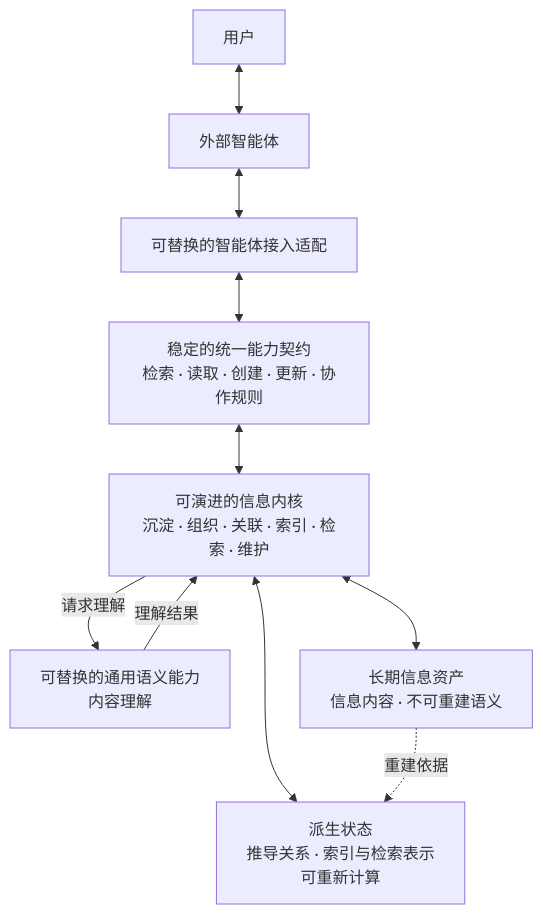
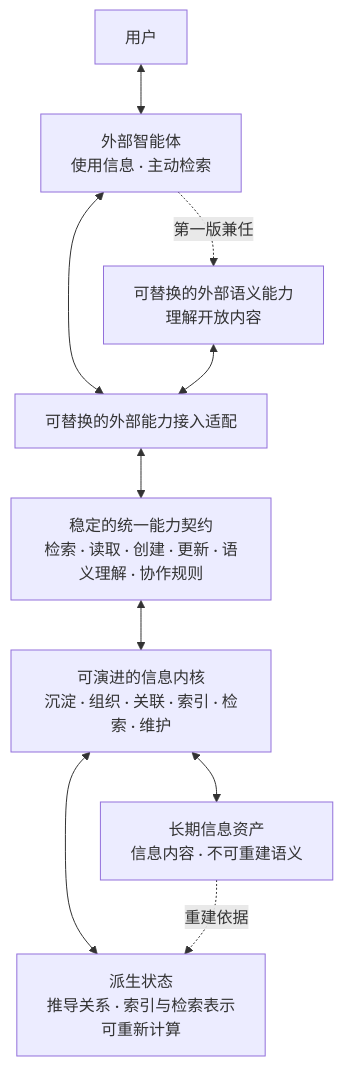
The diagram in docs/architecture/overview.md (HJSunDev/ownward), drawn with Mermaid before and after one commit. The commit also changed other lines of this file and 10 other files, not shown here.

First line of the commit message:
docs(architecture): define semantic capability boundaries

````diff
--- a/docs/architecture/overview.md
+++ b/docs/architecture/overview.md
@@ -40,21 +40,21 @@
 ```mermaid
 flowchart TB
     U["用户"]
-    X["外部智能体"]
-    P["可替换的智能体接入适配"]
-    C["稳定的统一能力契约<br/>检索 · 读取 · 创建 · 更新 · 协作规则"]
+    X["外部智能体<br/>使用信息 · 主动检索"]
+    S["可替换的外部语义能力<br/>理解开放内容"]
+    P["可替换的外部能力接入适配"]
+    C["稳定的统一能力契约<br/>检索 · 读取 · 创建 · 更新 · 语义理解 · 协作规则"]
     K["可演进的信息内核<br/>沉淀 · 组织 · 关联 · 索引 · 检索 · 维护"]
-    S["可替换的通用语义能力<br/>内容理解"]
     A["长期信息资产<br/>信息内容 · 不可重建语义"]
     D["派生状态<br/>推导关系 · 索引与检索表示<br/>可重新计算"]
 
     U <--> X
     X <--> P
+    S <--> P
+    X -. "第一版兼任" .-> S
     P <--> C
     C <--> K
-    K -->|"请求理解"| S
-    S -->|"理解结果"| K
     K <--> A
     K <--> D
     A -. "重建依据" .-> D
 ```
````
